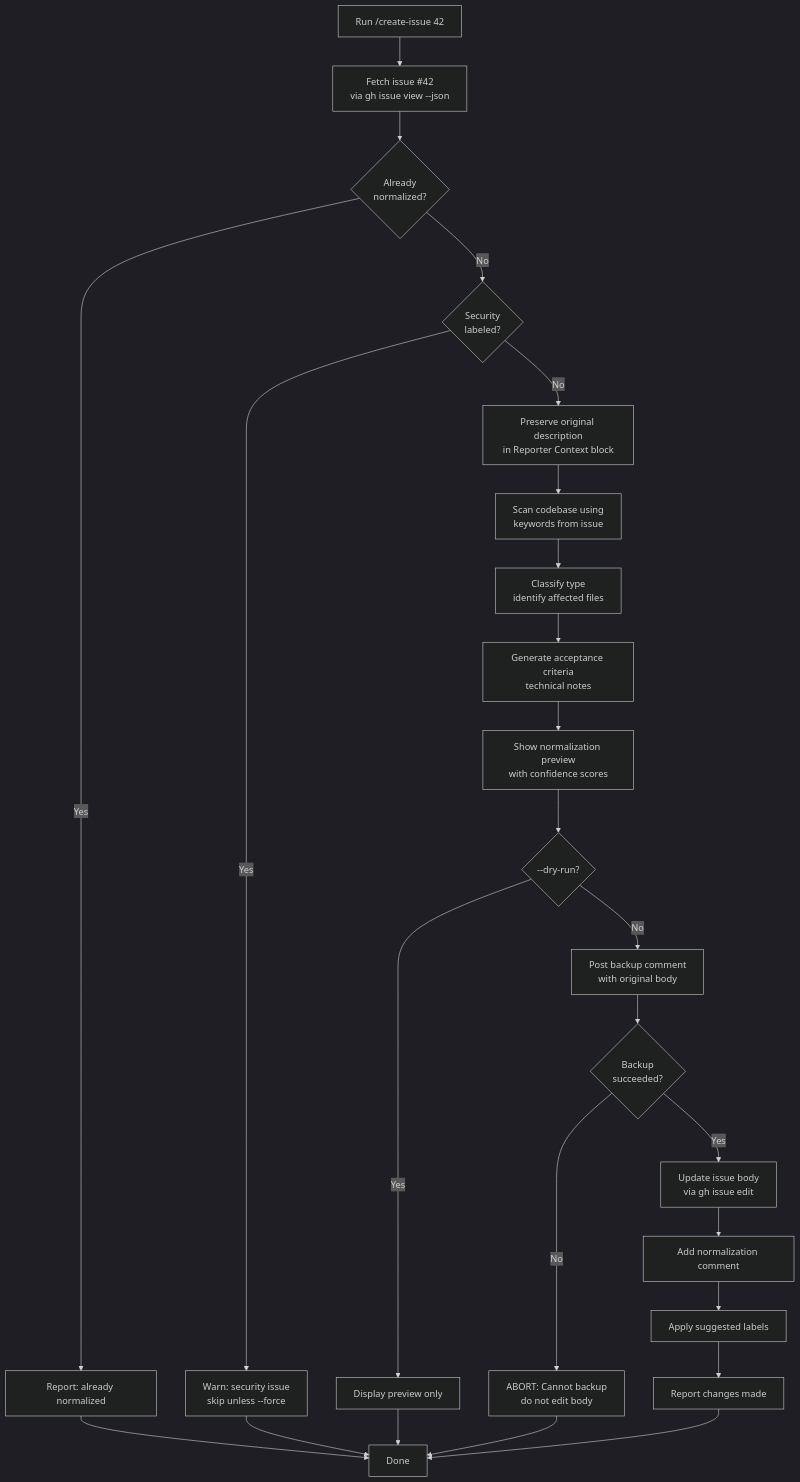
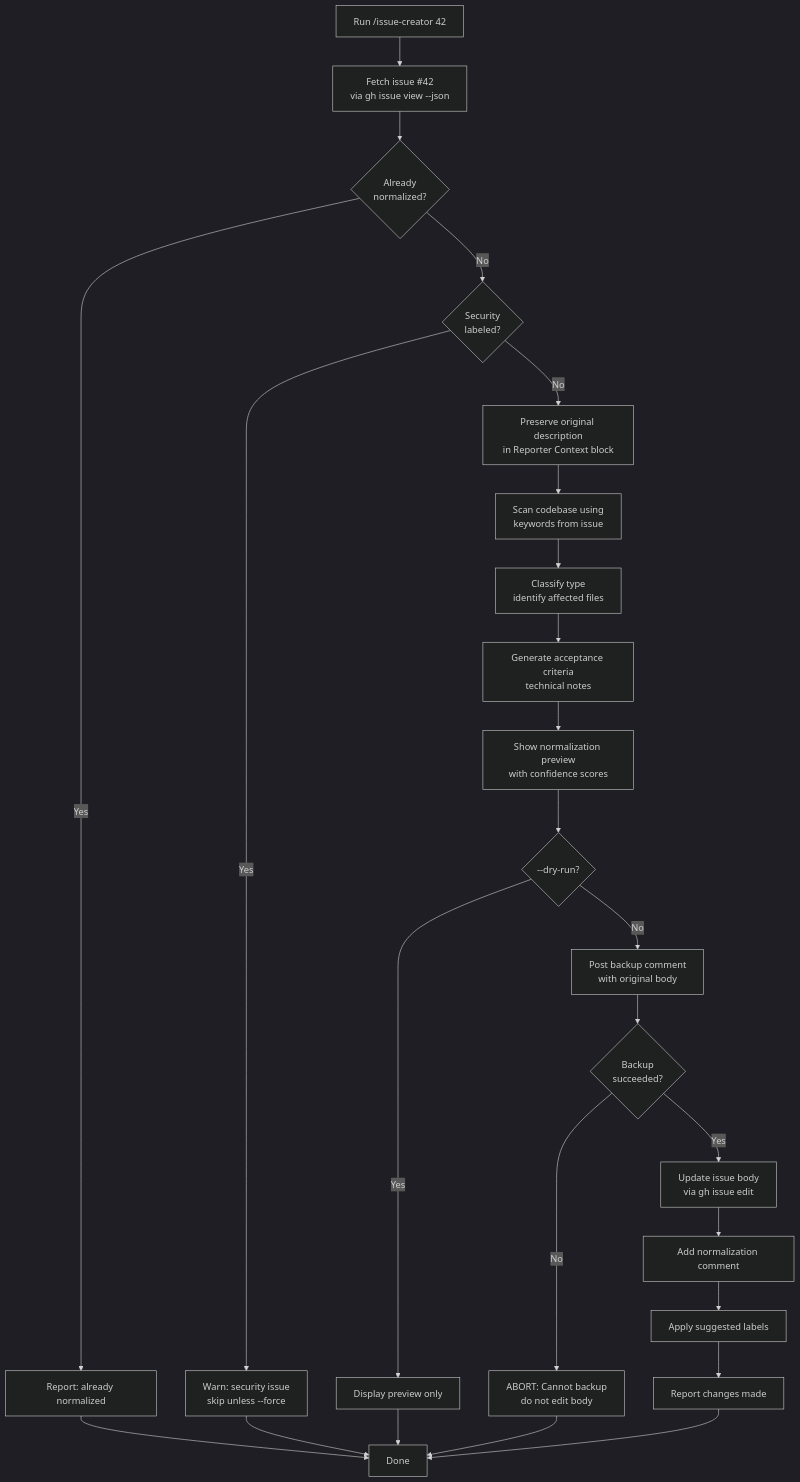
The second of 5 diagrams in prd.md (luongnv89/idd), drawn with Mermaid (dark theme) before and after one commit. The commit also changed other lines of this file and 17 other files, not shown here.

````diff
--- a/prd.md
+++ b/prd.md
@@ -355,27 +355,27 @@
 ```mermaid
 flowchart TD
-    A[Run /create-issue 42] --> B[Fetch issue #42\nvia gh issue view --json]
+    A[Run /issue-creator 42] --> B[Fetch issue #42\nvia gh issue view --json]
     B --> C{Already\nnormalized?}
     C -->|Yes| D[Report: already normalized]
     C -->|No| SEC{Security\nlabeled?}
     SEC -->|Yes| SECW[Warn: security issue\nskip unless --force]
     SEC -->|No| E[Preserve original description\nin Reporter Context block]
     E --> F[Scan codebase using\nkeywords from issue]
     F --> G[Classify type\nidentify affected files]
     G --> H[Generate acceptance criteria\ntechnical notes]
     H --> I[Show normalization preview\nwith confidence scores]
     I --> J{--dry-run?}
     J -->|Yes| K[Display preview only]
     J -->|No| BAK[Post backup comment\nwith original body]
     BAK --> BAKC{Backup\nsucceeded?}
     BAKC -->|No| BAKE[ABORT: Cannot backup\ndo not edit body]
     BAKC -->|Yes| L[Update issue body\nvia gh issue edit]
     L --> M[Add normalization comment]
     M --> N[Apply suggested labels]
     N --> O[Report changes made]
     D --> Z[Done]
     K --> Z
     O --> Z
     SECW --> Z
     BAKE --> Z
 ```
````
